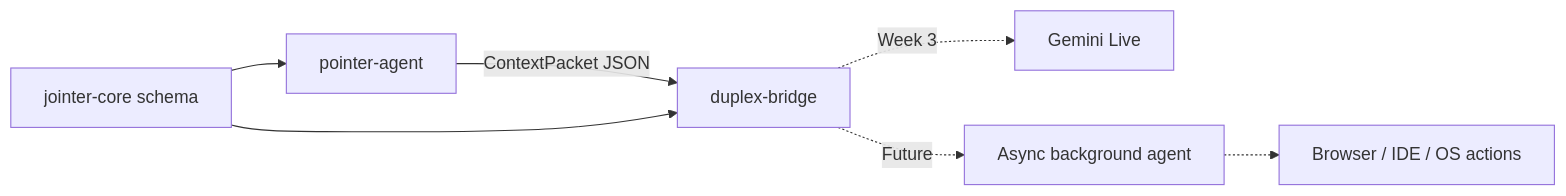
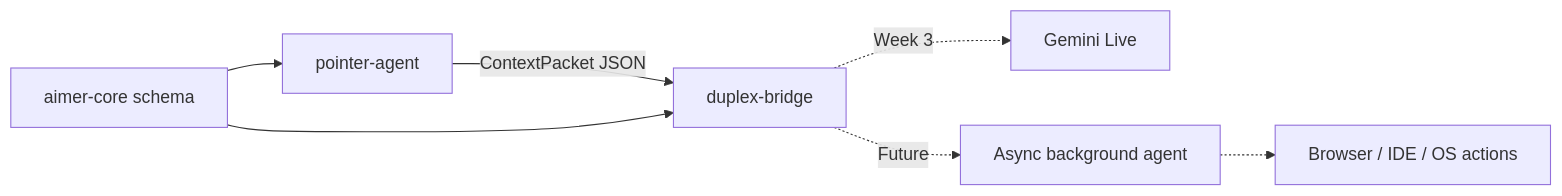
The diagram in README.md (jpalvarezb/aimer), drawn with Mermaid before and after one commit. The commit also changed other lines of this file and 30 other files, not shown here.

````diff
--- a/README.md
+++ b/README.md
@@ -13,9 +13,9 @@
 ```mermaid
 flowchart LR
     Pointer["pointer-agent"] -->|ContextPacket JSON| Bridge["duplex-bridge"]
-    Core["jointer-core schema"] --> Pointer
+    Core["aimer-core schema"] --> Pointer
     Core --> Bridge
     Bridge -.->|Week 3| Gemini["Gemini Live"]
     Bridge -.->|Future| Agent["Async background agent"]
     Agent -.-> Actions["Browser / IDE / OS actions"]
 ```
````
